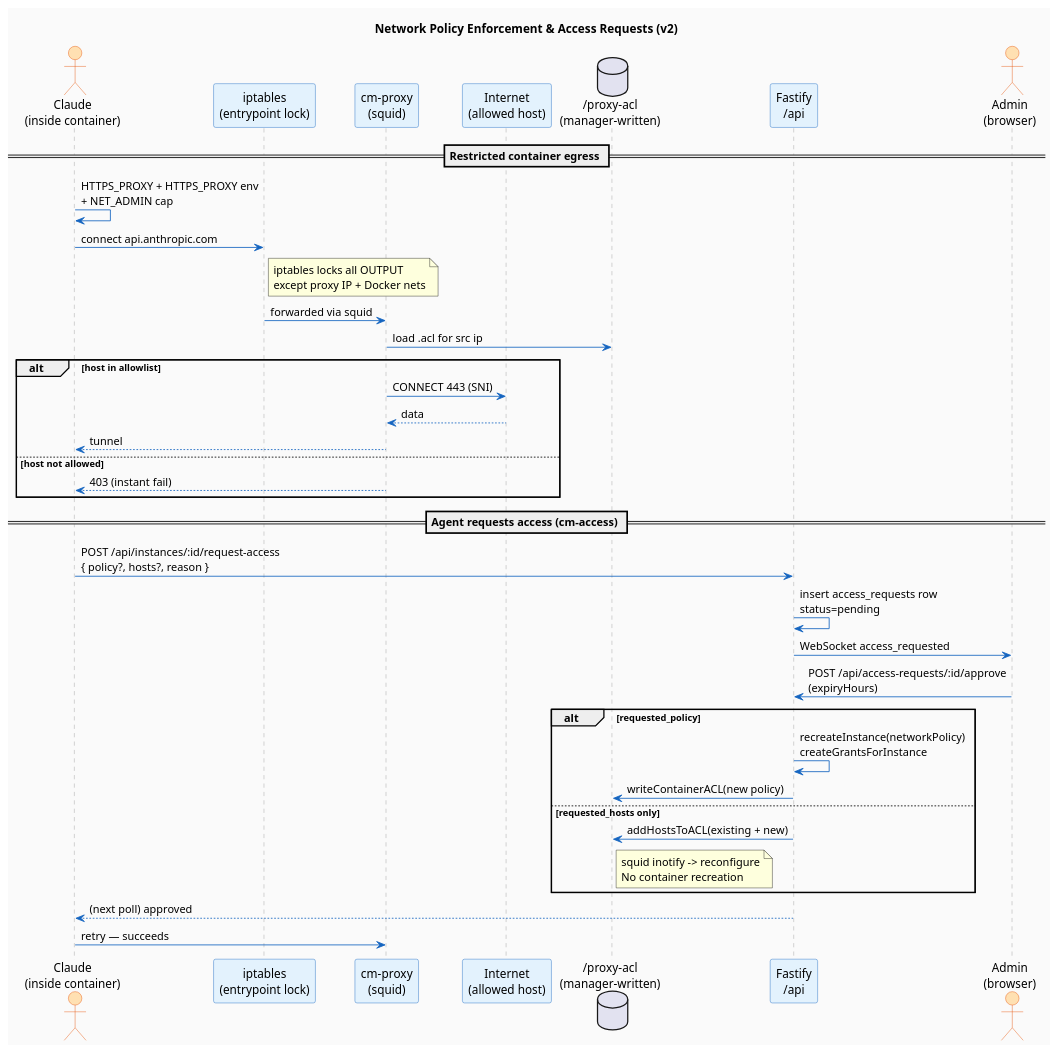
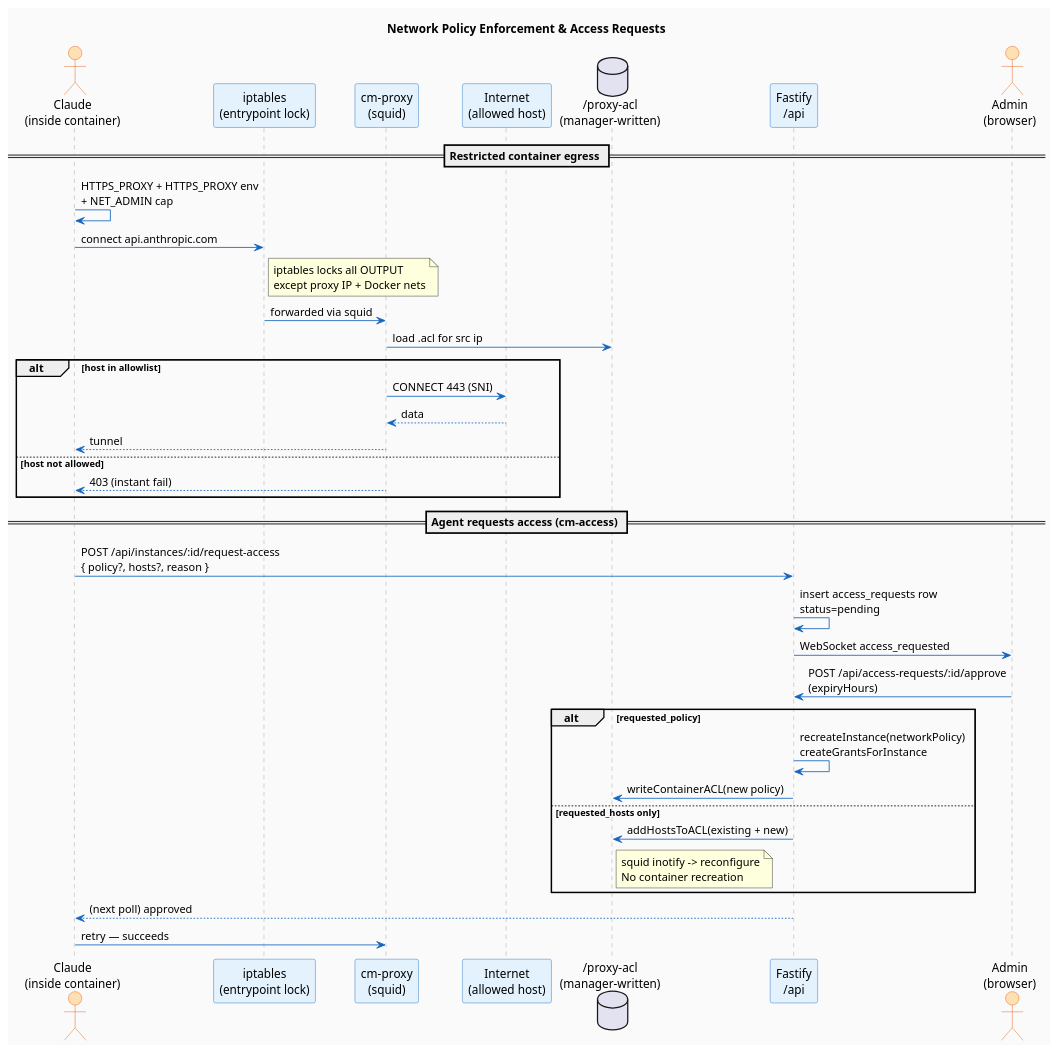
Before and after one commit to FrederikLeed/claude-manager-public: the diagram in docs/diagrams/network-policy.puml, drawn with PlantUML. The commit also changed 20 other files, not shown here.

```diff
--- a/docs/diagrams/network-policy.puml
+++ b/docs/diagrams/network-policy.puml
@@ -1,50 +1,50 @@
 @startuml network-policy
-title Network Policy Enforcement & Access Requests (v2)
+title Network Policy Enforcement & Access Requests
 skinparam backgroundColor #FAFAFA
 skinparam shadowing false
 skinparam sequence {
   ArrowColor #1565C0
   LifeLineBorderColor #999999
   ParticipantBorderColor #1565C0
   ParticipantBackgroundColor #E3F2FD
   ActorBorderColor #E65100
   ActorBackgroundColor #FFE0B2
 }
 
 actor "Claude\n(inside container)" as A
 participant "iptables\n(entrypoint lock)" as IPT
 participant "cm-proxy\n(squid)" as P
 participant "Internet\n(allowed host)" as I
 database  "/proxy-acl\n(manager-written)" as ACL
 participant "Fastify\n/api" as S
 actor "Admin\n(browser)" as ADM
 
 == Restricted container egress ==
 A -> A : HTTPS_PROXY + HTTPS_PROXY env\n+ NET_ADMIN cap
 A -> IPT : connect api.anthropic.com
 note right of IPT : iptables locks all OUTPUT\nexcept proxy IP + Docker nets
 IPT -> P : forwarded via squid
 P -> ACL : load .acl for src ip
 alt host in allowlist
   P -> I : CONNECT 443 (SNI)
   I --> P : data
   P --> A : tunnel
 else host not allowed
   P --> A : 403 (instant fail)
 end
 
 == Agent requests access (cm-access) ==
 A -> S : POST /api/instances/:id/request-access\n{ policy?, hosts?, reason }
 S -> S : insert access_requests row\nstatus=pending
 S -> ADM : WebSocket access_requested
 ADM -> S : POST /api/access-requests/:id/approve\n(expiryHours)
 alt requested_policy
   S -> S : recreateInstance(networkPolicy)\ncreateGrantsForInstance
   S -> ACL : writeContainerACL(new policy)
 else requested_hosts only
   S -> ACL : addHostsToACL(existing + new)
   note right of ACL : squid inotify -> reconfigure\nNo container recreation
 end
 S --> A : (next poll) approved
 A -> P : retry — succeeds
 @enduml
```
